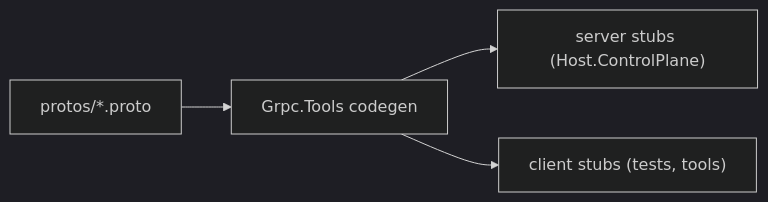
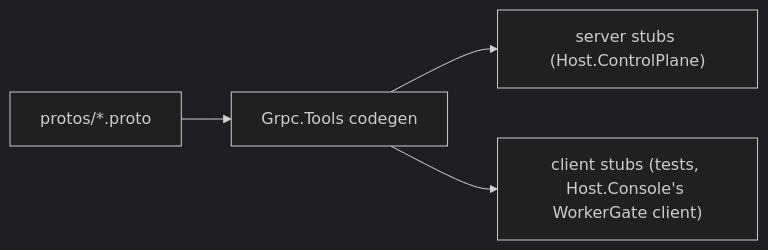
One commit to vitorafgomes/scout changed the diagram in vault/pages/services/control-plane-contracts.md. Above: the diagram before and after it, drawn with Mermaid (dark theme). The commit also changed other lines of this file and 129 other files, not shown here.

````diff
--- a/vault/pages/services/control-plane-contracts.md
+++ b/vault/pages/services/control-plane-contracts.md
@@ -40,6 +49,6 @@
 ```mermaid
 flowchart LR
     p["protos/*.proto"] --> gen["Grpc.Tools codegen"]
     gen --> srv["server stubs (Host.ControlPlane)"]
-    gen --> cli["client stubs (tests, tools)"]
+    gen --> cli["client stubs (tests, Host.Console's WorkerGate client)"]
 ```
````
